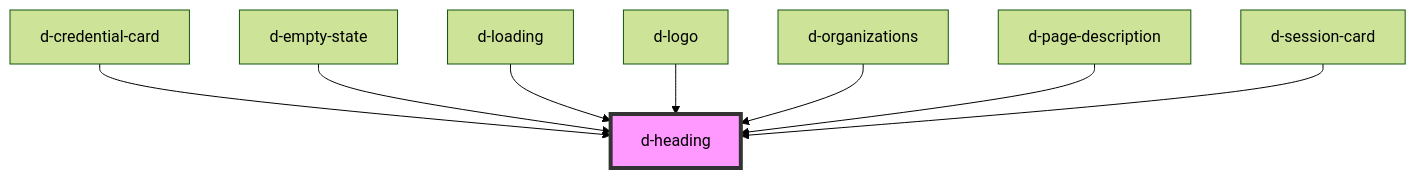
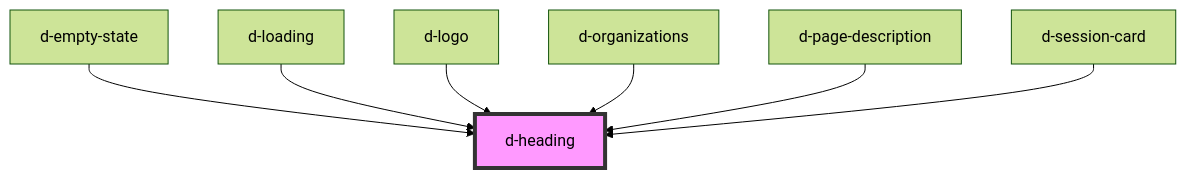
The diagram in src/components/heading/readme.md (ForkbombEu/didroom-components), drawn with Mermaid (forest theme) before and after one commit. The commit also changed other lines of this file and 21 other files, not shown here.

````diff
--- a/src/components/heading/readme.md
+++ b/src/components/heading/readme.md
@@ -29,11 +28,10 @@
 ```mermaid
 graph TD;
-  d-credential-card --> d-heading
   d-empty-state --> d-heading
   d-loading --> d-heading
   d-logo --> d-heading
   d-organizations --> d-heading
   d-page-description --> d-heading
   d-session-card --> d-heading
   style d-heading fill:#f9f,stroke:#333,stroke-width:4px
 ```
````
